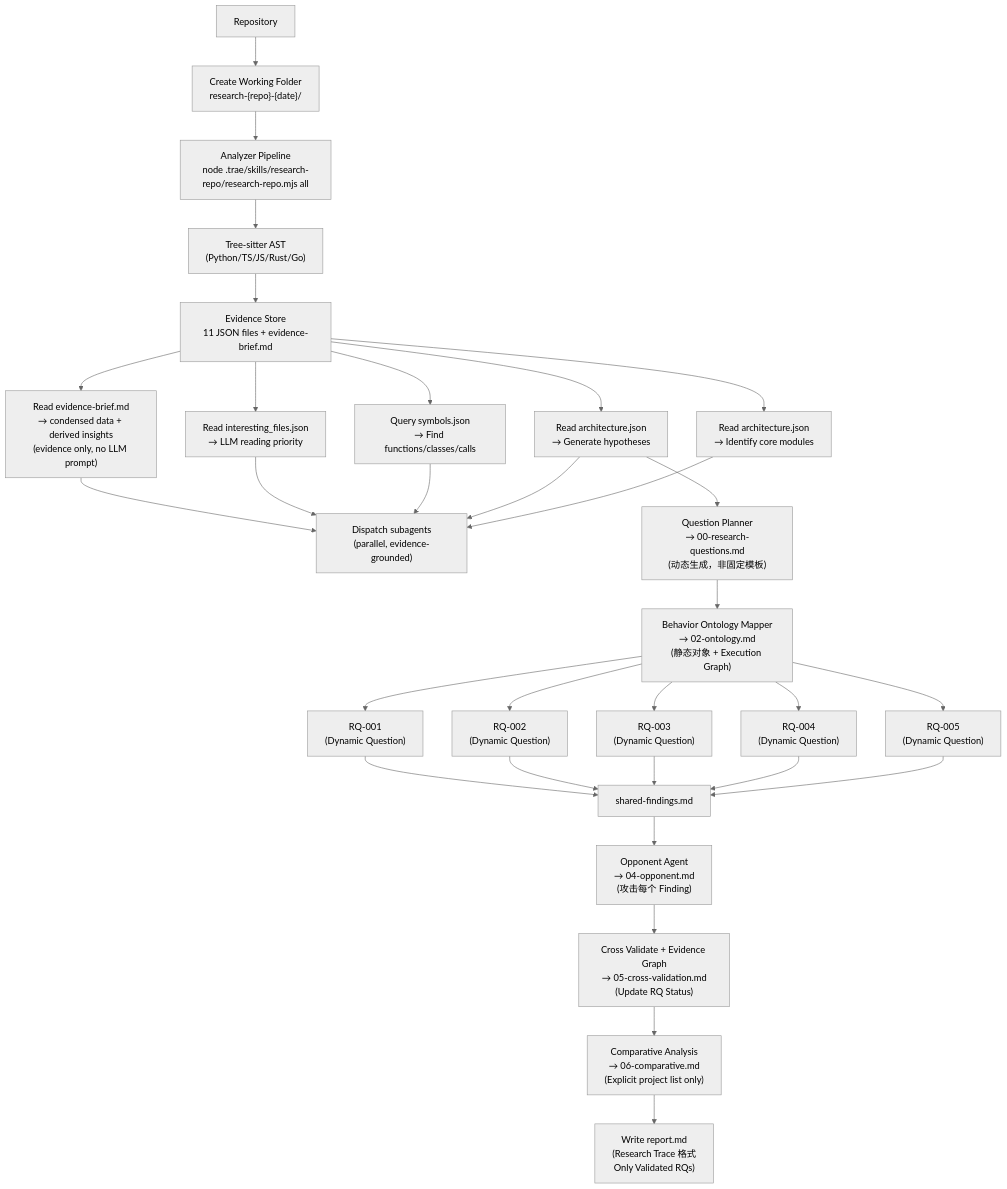
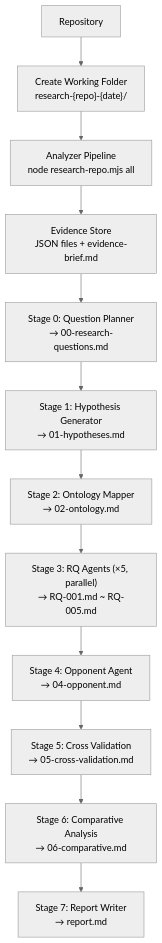
The first of 2 diagrams in .trae/skills/research-repo/SKILL.md (devweekly/devweekly.github.io), drawn with Mermaid (neutral theme) before and after one commit. The commit also changed other lines of this file and 4 other files, not shown here.

````diff
--- a/.trae/skills/research-repo/SKILL.md
+++ b/.trae/skills/research-repo/SKILL.md
@@ -484,44 +71,14 @@
 ```mermaid
 flowchart TD
   A[Repository] --> WF["Create Working Folder<br/>research-{repo}-{date}/"]
-  WF --> DA["Analyzer Pipeline<br/>node .trae/skills/research-repo/research-repo.mjs all"]
-
-  DA --> TS["Tree-sitter AST<br/>(Python/TS/JS/Rust/Go)"]
-  TS --> ES["Evidence Store<br/>11 JSON files + evidence-brief.md"]
-
-  ES --> BRIEF["Read evidence-brief.md<br/>→ condensed data + derived insights<br/>(evidence only, no LLM prompt)"]
-  ES --> RANK["Read interesting_files.json<br/>→ LLM reading priority"]
-  ES --> SYM["Query symbols.json<br/>→ Find functions/classes/calls"]
-  ES --> HYP["Read architecture.json<br/>→ Generate hypotheses"]
-  ES --> ARCH["Read architecture.json<br/>→ Identify core modules"]
-
-  BRIEF --> E["Dispatch subagents<br/>(parallel, evidence-grounded)"]
-  RANK --> E
-  SYM --> E
-  HYP --> E
-  ARCH --> E
-
-  HYP --> QP["Question Planner<br/>→ 00-research-questions.md<br/>(动态生成，非固定模板)"]
-
-  QP --> ONT["Behavior Ontology Mapper<br/>→ 02-ontology.md<br/>(静态对象 + Execution Graph)"]
-
-  ONT --> RQ1["RQ-001<br/>(Dynamic Question)"]
-  ONT --> RQ2["RQ-002<br/>(Dynamic Question)"]
-  ONT --> RQ3["RQ-003<br/>(Dynamic Question)"]
-  ONT --> RQ4["RQ-004<br/>(Dynamic Question)"]
-  ONT --> RQ5["RQ-005<br/>(Dynamic Question)"]
-
-  RQ1 --> SF["shared-findings.md"]
-  RQ2 --> SF
-  RQ3 --> SF
-  RQ4 --> SF
-  RQ5 --> SF
-
-  SF --> OPP["Opponent Agent<br/>→ 04-opponent.md<br/>(攻击每个 Finding)"]
-
-  OPP --> F["Cross Validate + Evidence Graph<br/>→ 05-cross-validation.md<br/>(Update RQ Status)"]
-
-  F --> CA["Comparative Analysis<br/>→ 06-comparative.md<br/>(Explicit project list only)"]
-
-  CA --> M["Write report.md<br/>(Research Trace 格式<br/>Only Validated RQs)"]
+  WF --> DA["Analyzer Pipeline<br/>node research-repo.mjs all"]
+  DA --> ES["Evidence Store<br/>JSON files + evidence-brief.md"]
+  ES --> S0["Stage 0: Question Planner<br/>→ 00-research-questions.md"]
+  S0 --> S1["Stage 1: Hypothesis Generator<br/>→ 01-hypotheses.md"]
+  S1 --> S2["Stage 2: Ontology Mapper<br/>→ 02-ontology.md"]
+  S2 --> S3["Stage 3: RQ Agents (×5, parallel)<br/>→ RQ-001.md ~ RQ-005.md"]
+  S3 --> S4["Stage 4: Opponent Agent<br/>→ 04-opponent.md"]
+  S4 --> S5["Stage 5: Cross Validation<br/>→ 05-cross-validation.md"]
+  S5 --> S6["Stage 6: Comparative Analysis<br/>→ 06-comparative.md"]
+  S6 --> S7["Stage 7: Report Writer<br/>→ report.md"]
 ```
````
